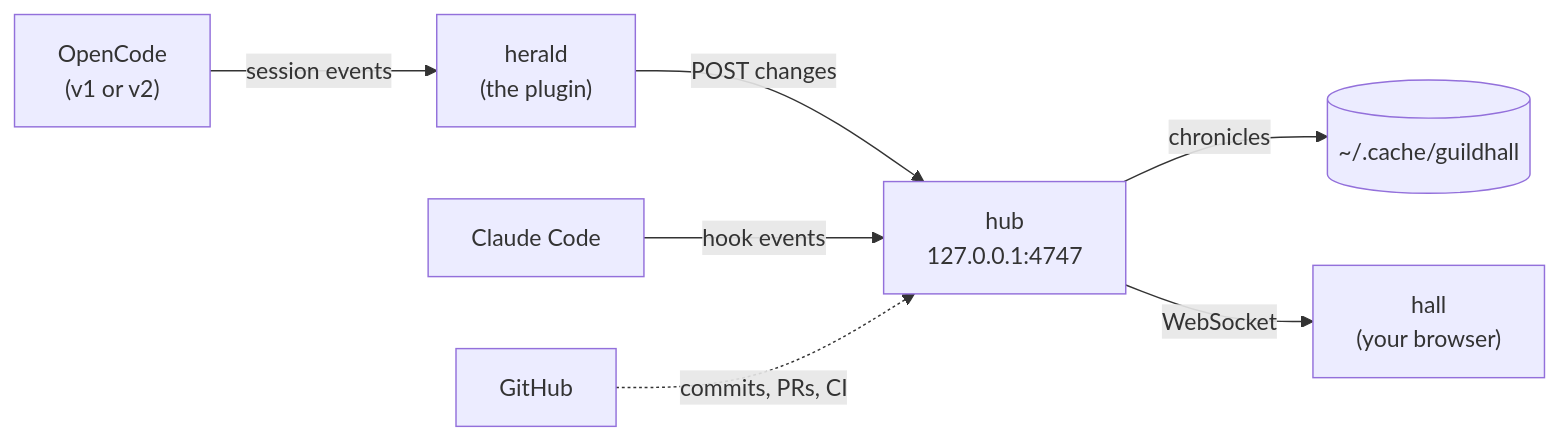
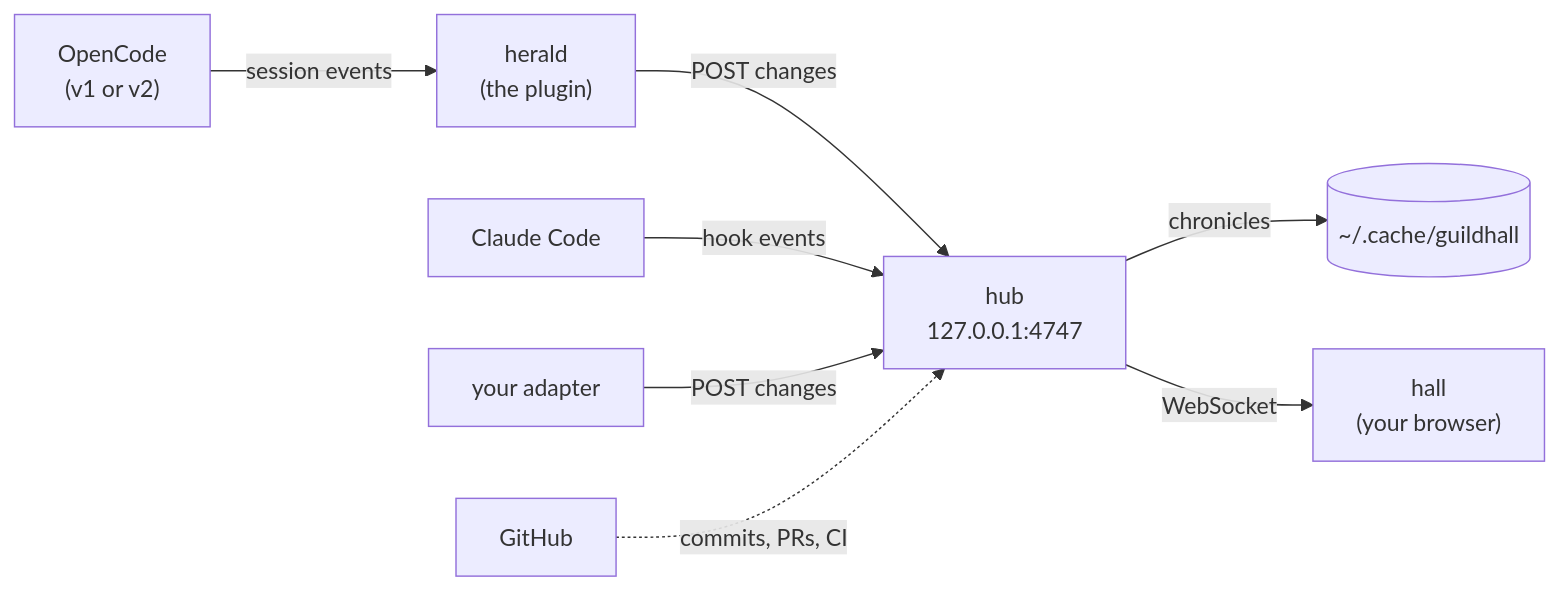
One commit to Codestz/guildhall changed the diagram in README.md. Above: the diagram before and after it, drawn with Mermaid. The commit also changed other lines of this file and 6 other files, not shown here.

````diff
--- a/README.md
+++ b/README.md
@@ -190,9 +198,10 @@
 ```mermaid
 flowchart LR
   OC["OpenCode<br/>(v1 or v2)"] -- session events --> H["herald<br/>(the plugin)"]
   H -- "POST changes" --> HUB["hub<br/>127.0.0.1:4747"]
+  CC["Claude Code"] -- "hook events" --> HUB
+  YOU["your adapter"] -- "POST changes" --> HUB
+  GH["GitHub"] -. "commits, PRs, CI" .-> HUB
   HUB -- chronicles --> DISK[("~/.cache/guildhall")]
-  CC["Claude Code"] -- "hook events" --> HUB
   HUB -- WebSocket --> HALL["hall<br/>(your browser)"]
-  GH["GitHub"] -. "commits, PRs, CI" .-> HUB
 ```
````
